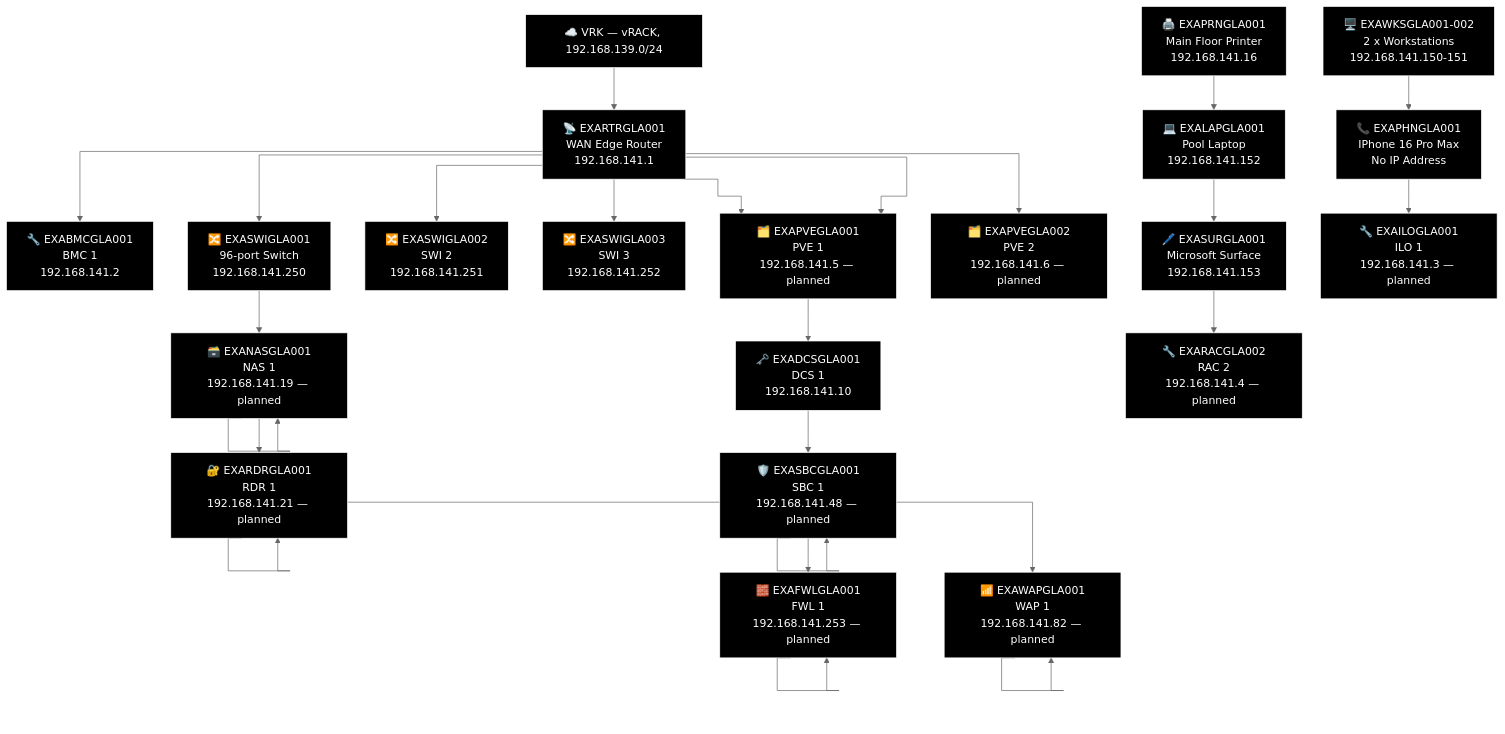
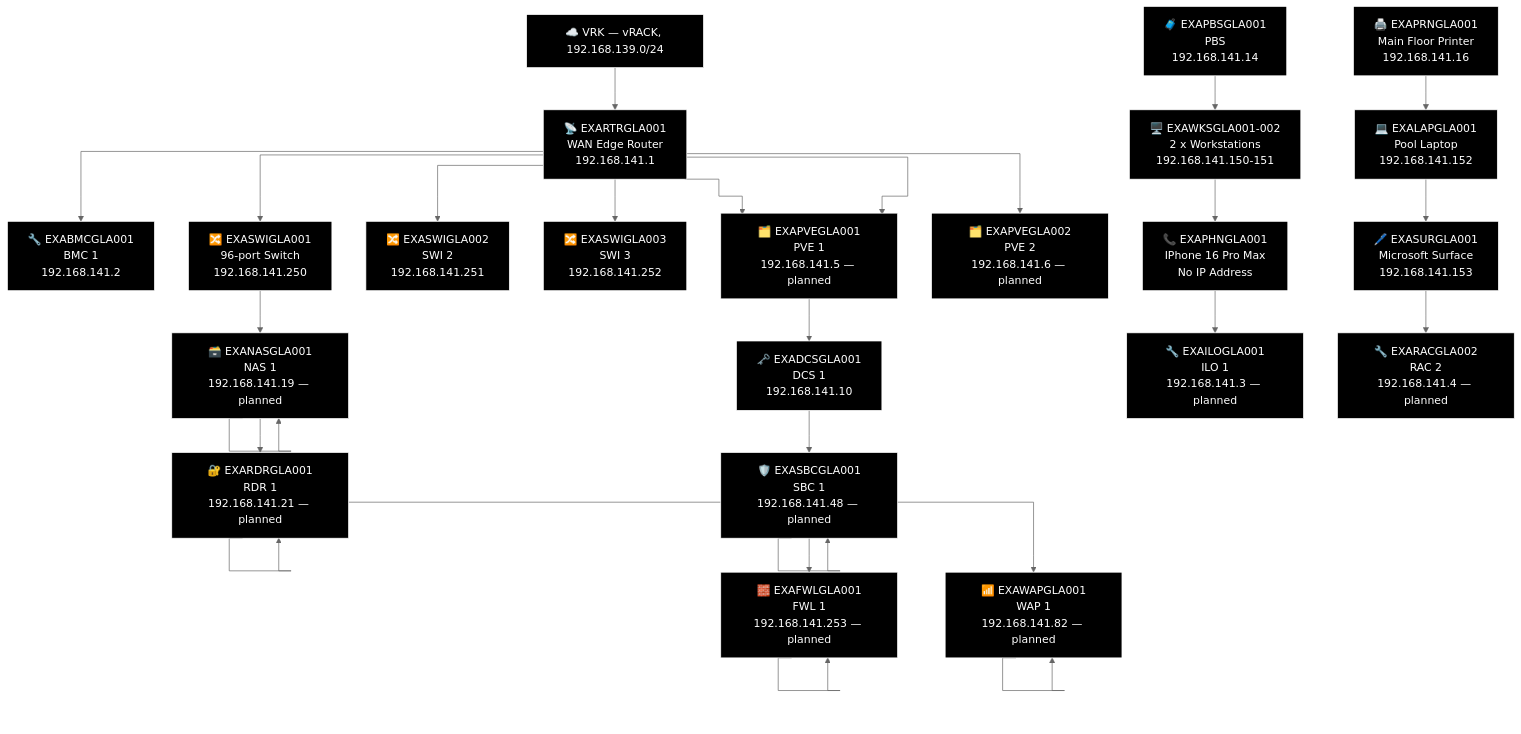
Before and after one commit to knightmare2600/example_music_infra: the ninth of 21 diagrams in docs/network-diagram/scotland.md, drawn with Mermaid (neutral theme). The commit also changed other lines of this file and 14 other files, not shown here.

First line of the commit message:
docs/network-diagram: regenerate, every site was missing its PBS node

````diff
--- a/docs/network-diagram/scotland.md
+++ b/docs/network-diagram/scotland.md
@@ -597,72 +601,74 @@
 ```mermaid
 %% GENERATED:TOPOLOGY:GLA:START
 %%{init: {'flowchart': {'curve': 'stepAfter'}}}%%
 graph TD
     T_VRK["☁️ VRK — vRACK, 192.168.139.0/24"]
     T_RTR["📡 EXARTRGLA001<br/>WAN Edge Router<br/>192.168.141.1"]
     T_VRK --> T_RTR
     T_BMC["🔧 EXABMCGLA001<br/>BMC 1<br/>192.168.141.2"]
     T_RTR --> T_BMC
     T_PVE["🗂️ EXAPVEGLA001<br/>PVE 1<br/>192.168.141.5"]
     T_RTR --> T_PVE
     T_SWI["🔀 EXASWIGLA002<br/>SWI 2<br/>192.168.141.251"]
     T_RTR --> T_SWI
     T_SWI2["🔀 EXASWIGLA003<br/>SWI 3<br/>192.168.141.252"]
     T_RTR --> T_SWI2
     T_SWI3["🔀 EXASWIGLA001<br/>96-port Switch<br/>192.168.141.250"]
     T_RTR --> T_SWI3
     T_PVE["🗂️ EXAPVEGLA001<br/>PVE 1<br/>192.168.141.5 — planned"]
     T_RTR --> T_PVE
     T_PVE2["🗂️ EXAPVEGLA002<br/>PVE 2<br/>192.168.141.6 — planned"]
     T_RTR --> T_PVE2
     T_NAS["🗃️ EXANASGLA001<br/>NAS<br/>192.168.141.19"]
     T_NAS["🗃️ EXANASGLA001<br/>NAS 1<br/>192.168.141.19 — planned"]
     T_RDR["🔐 EXARDRGLA001<br/>RDR<br/>192.168.141.21"]
     T_RDR["🔐 EXARDRGLA001<br/>RDR 1<br/>192.168.141.21 — planned"]
     T_WAP["📶 EXAWAPGLA001<br/>WAP 1<br/>192.168.141.82"]
     T_WAP["📶 EXAWAPGLA001<br/>WAP 1<br/>192.168.141.82 — planned"]
     T_SWI3 --> T_NAS --> T_NAS --> T_RDR --> T_RDR --> T_WAP --> T_WAP
     T_DCS["🗝️ EXADCSGLA001<br/>DCS 1<br/>192.168.141.10"]
     T_SBC["🛡️ EXASBCGLA001<br/>SBC<br/>192.168.141.48"]
     T_SBC["🛡️ EXASBCGLA001<br/>SBC 1<br/>192.168.141.48 — planned"]
     T_FWL["🧱 EXAFWLGLA001<br/>LAN Face<br/>192.168.141.253"]
     T_FWL["🧱 EXAFWLGLA001<br/>FWL 1<br/>192.168.141.253 — planned"]
     T_PVE --> T_DCS --> T_SBC --> T_SBC --> T_FWL --> T_FWL
+    T_PBS["🧳 EXAPBSGLA001<br/>PBS<br/>192.168.141.14"]
     T_PRN["🖨️ EXAPRNGLA001<br/>Main Floor Printer<br/>192.168.141.16"]
     T_OTH_WKS["🖥️ EXAWKSGLA001-002<br/>2 x Workstations<br/>192.168.141.150-151"]
     T_LAP["💻 EXALAPGLA001<br/>Pool Laptop<br/>192.168.141.152"]
     T_PHN["📞 EXAPHNGLA001<br/>IPhone 16 Pro Max<br/>No IP Address"]
     T_SUR["🖊️ EXASURGLA001<br/>Microsoft Surface<br/>192.168.141.153"]
     T_ILO["🔧 EXAILOGLA001<br/>ILO 1<br/>192.168.141.3 — planned"]
     T_RAC["🔧 EXARACGLA002<br/>RAC 2<br/>192.168.141.4 — planned"]
+    T_PBS --> T_OTH_WKS --> T_PHN --> T_ILO
     T_PRN --> T_LAP --> T_SUR --> T_RAC
-    T_OTH_WKS --> T_PHN --> T_ILO
     style T_VRK fill:#000000,stroke:#FFFFFF,color:#FFFFFF
     style T_RTR fill:#000000,stroke:#FFFFFF,color:#FFFFFF
     style T_BMC fill:#000000,stroke:#FFFFFF,color:#FFFFFF
     style T_PVE fill:#000000,stroke:#FFFFFF,color:#FFFFFF
     style T_SWI fill:#000000,stroke:#FFFFFF,color:#FFFFFF
     style T_SWI2 fill:#000000,stroke:#FFFFFF,color:#FFFFFF
     style T_SWI3 fill:#000000,stroke:#FFFFFF,color:#FFFFFF
     style T_PVE fill:#000000,stroke:#FFFFFF,color:#FFFFFF
     style T_PVE2 fill:#000000,stroke:#FFFFFF,color:#FFFFFF
     style T_NAS fill:#000000,stroke:#FFFFFF,color:#FFFFFF
     style T_NAS fill:#000000,stroke:#FFFFFF,color:#FFFFFF
     style T_RDR fill:#000000,stroke:#FFFFFF,color:#FFFFFF
     style T_RDR fill:#000000,stroke:#FFFFFF,color:#FFFFFF
     style T_WAP fill:#000000,stroke:#FFFFFF,color:#FFFFFF
     style T_WAP fill:#000000,stroke:#FFFFFF,color:#FFFFFF
     style T_DCS fill:#000000,stroke:#FFFFFF,color:#FFFFFF
     style T_SBC fill:#000000,stroke:#FFFFFF,color:#FFFFFF
     style T_SBC fill:#000000,stroke:#FFFFFF,color:#FFFFFF
     style T_FWL fill:#000000,stroke:#FFFFFF,color:#FFFFFF
     style T_FWL fill:#000000,stroke:#FFFFFF,color:#FFFFFF
+    style T_PBS fill:#000000,stroke:#FFFFFF,color:#FFFFFF
     style T_PRN fill:#000000,stroke:#FFFFFF,color:#FFFFFF
     style T_OTH_WKS fill:#000000,stroke:#FFFFFF,color:#FFFFFF
     style T_LAP fill:#000000,stroke:#FFFFFF,color:#FFFFFF
     style T_PHN fill:#000000,stroke:#FFFFFF,color:#FFFFFF
     style T_SUR fill:#000000,stroke:#FFFFFF,color:#FFFFFF
     style T_ILO fill:#000000,stroke:#FFFFFF,color:#FFFFFF
     style T_RAC fill:#000000,stroke:#FFFFFF,color:#FFFFFF
 %% GENERATED:TOPOLOGY:GLA:END
 ```
````
